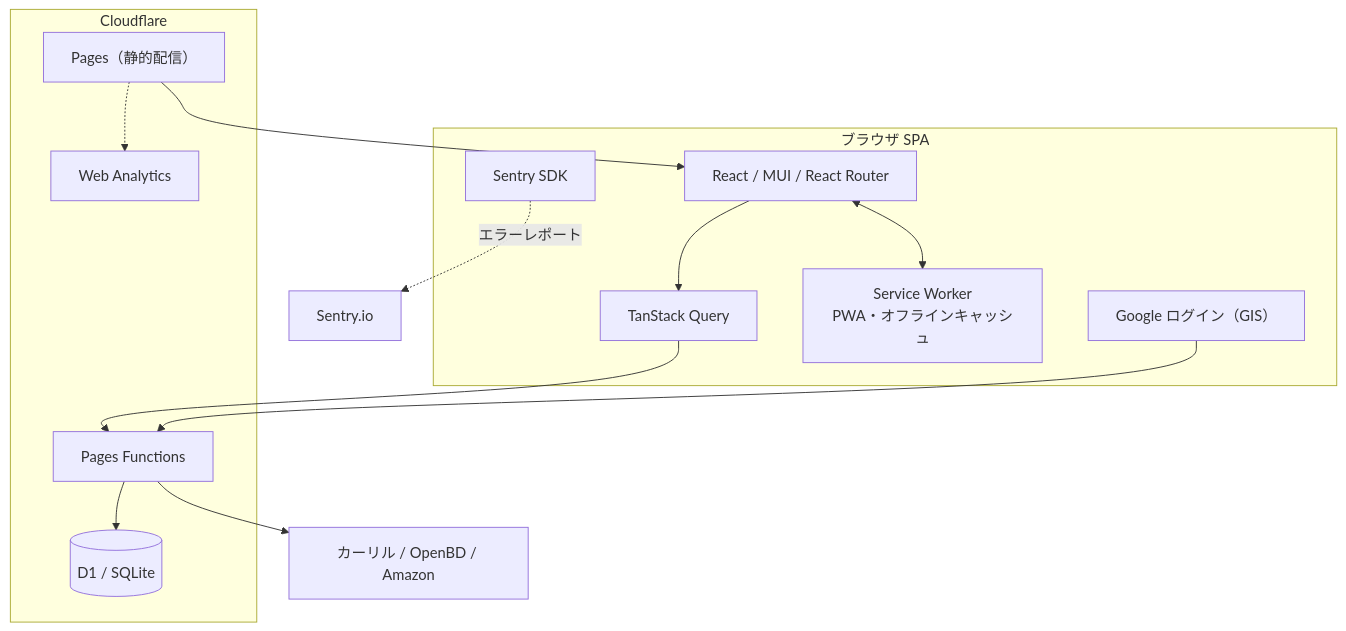
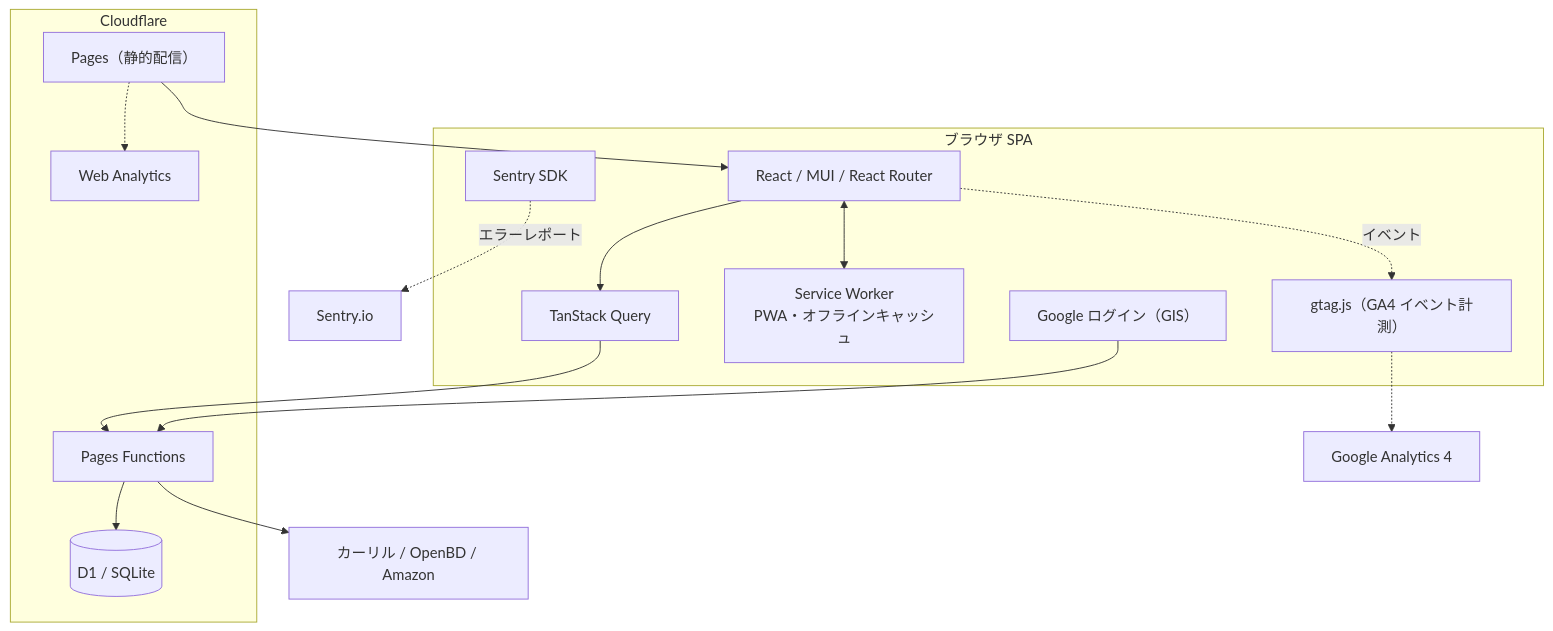
The diagram in docs/roadmap.md (satoryu/LibCheck), drawn with Mermaid before and after one commit. The commit also changed other lines of this file and 25 other files, not shown here.

````diff
--- a/docs/roadmap.md
+++ b/docs/roadmap.md
@@ -58,26 +59,28 @@
 ```mermaid
 graph TD
     subgraph client[ブラウザ SPA]
       UI[React / MUI / React Router]
       RQ[TanStack Query]
       SW[Service Worker<br/>PWA・オフラインキャッシュ]
       AUTH[Google ログイン（GIS）]
       SENTRY[Sentry SDK]
+      GA[gtag.js（GA4 イベント計測）]
     end
     subgraph cf[Cloudflare]
       PAGES[Pages（静的配信）]
       FN[Pages Functions]
       D1[(D1 / SQLite)]
       CFA[Web Analytics]
     end
     EXT[カーリル / OpenBD / Amazon]
 
     UI --> RQ --> FN
     UI <--> SW
     AUTH --> FN
     FN --> D1
     FN --> EXT
     PAGES --> UI
     SENTRY -.->|エラーレポート| ExtSentry[Sentry.io]
+    UI -.->|イベント| GA -.-> ExtGA[Google Analytics 4]
     PAGES -.-> CFA
 ```
````
